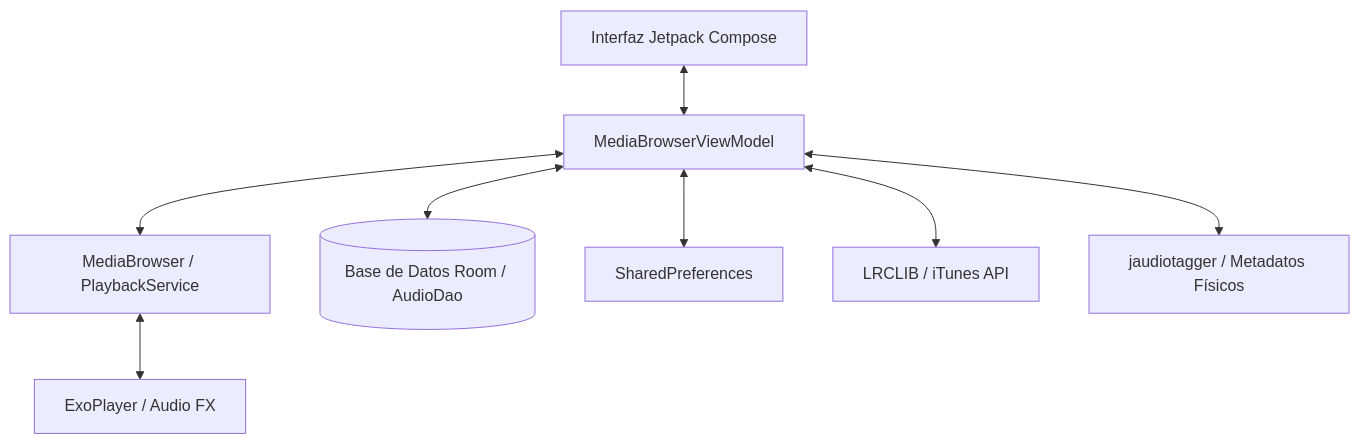
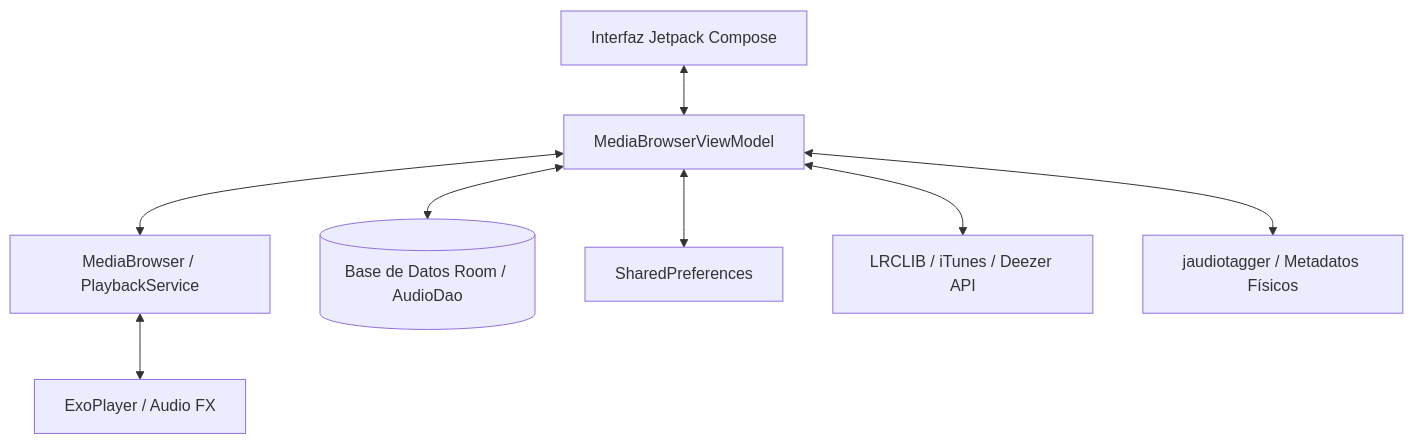
Before and after one commit to KevshuppD/KevMusicPlayer: the diagram in context.md, drawn with Mermaid. The commit also changed other lines of this file and 13 other files, not shown here.

````diff
--- a/context.md
+++ b/context.md
@@ -11,10 +11,10 @@
 ```mermaid
 graph TD
     UI[Interfaz Jetpack Compose] <--> VM[MediaBrowserViewModel]
     VM <--> MS[MediaBrowser / PlaybackService]
     MS <--> EP[ExoPlayer / Audio FX]
     VM <--> DB[(Base de Datos Room / AudioDao)]
     VM <--> Prefs[SharedPreferences]
-    VM <--> Net[LRCLIB / iTunes API]
+    VM <--> Net[LRCLIB / iTunes / Deezer API]
     VM <--> Tag[jaudiotagger / Metadatos Físicos]
 ```
````
